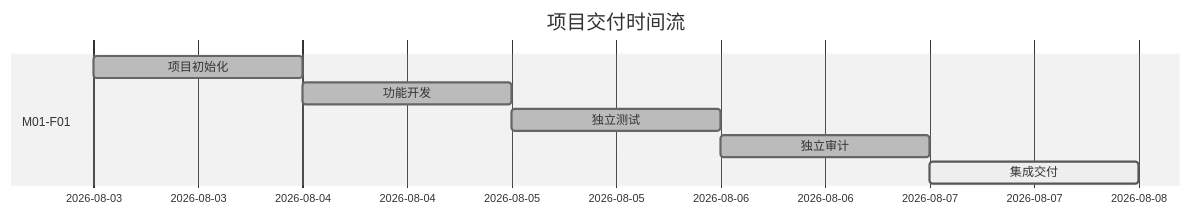
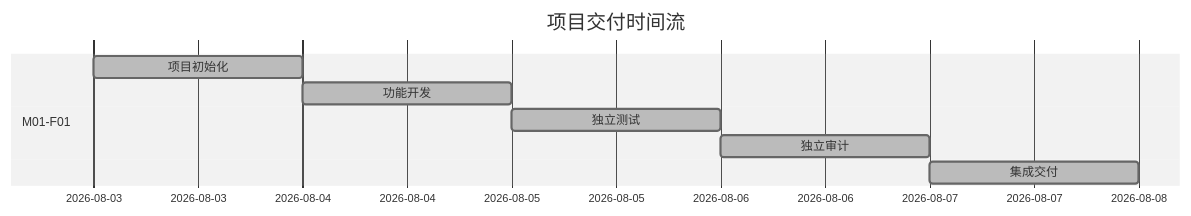
Before and after one commit to 23Lm-star/Calculator-Plugin: the diagram in docs/ai-workflow/项目时间流.md, drawn with Mermaid (neutral theme). The commit also changed other lines of this file and 4 other files, not shown here.

````diff
--- a/docs/ai-workflow/项目时间流.md
+++ b/docs/ai-workflow/项目时间流.md
@@ -3,11 +3,11 @@
 ```mermaid
 gantt
     title 项目交付时间流
     dateFormat  YYYY-MM-DD
     section M01-F01
     项目初始化 :done, init, 2026-08-03, 1d
     功能开发 :done, dev, after init, 1d
     独立测试 :done, test, after dev, 1d
     独立审计 :done, audit, after test, 1d
-    集成交付 :active, delivery, after audit, 1d
+    集成交付 :done, delivery, after audit, 1d
 ```
````
